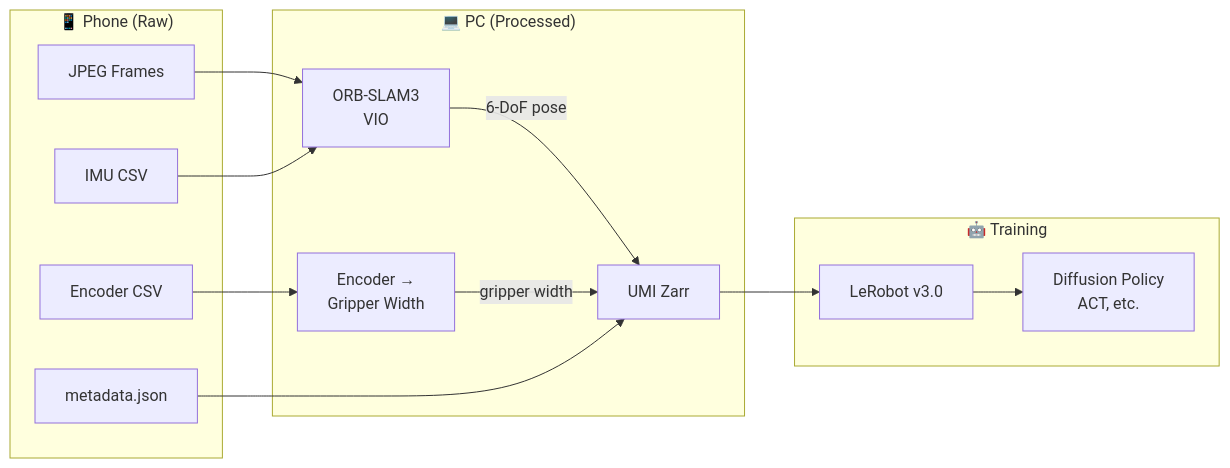
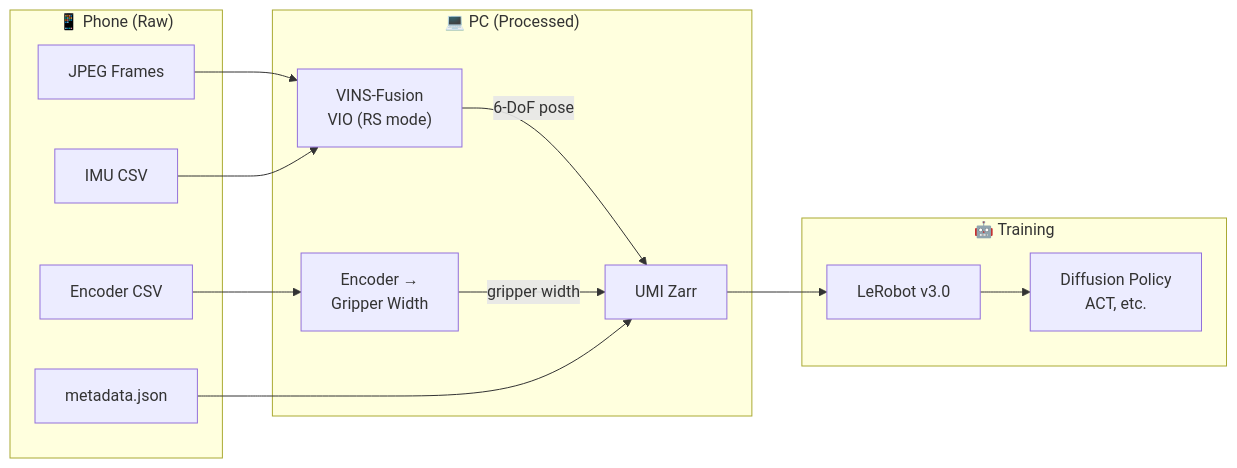
One commit to Auromix/OpenUMI changed the second of 2 diagrams in README.md. Above: the diagram before and after it, drawn with Mermaid. The commit also changed other lines of this file and 1 other file, not shown here.

First line of the commit message:
Switch VIO from ORB-SLAM3 to VINS-Fusion, keep OV2640 RGB

````diff
--- a/README.md
+++ b/README.md
@@ -106,29 +106,29 @@
 ```mermaid
 graph LR
     subgraph Phone["📱 Phone (Raw)"]
         JPEG["JPEG Frames"]
         IMU["IMU CSV"]
         ENC["Encoder CSV"]
         META["metadata.json"]
     end
 
     subgraph PC["💻 PC (Processed)"]
-        SLAM["ORB-SLAM3<br/>VIO"]
+        SLAM["VINS-Fusion<br/>VIO (RS mode)"]
         GRIP["Encoder →<br/>Gripper Width"]
         ZARR["UMI Zarr"]
     end
 
     subgraph Train["🤖 Training"]
         LR["LeRobot v3.0"]
         DP["Diffusion Policy<br/>ACT, etc."]
     end
 
     JPEG --> SLAM
     IMU --> SLAM
     SLAM -- "6-DoF pose" --> ZARR
     ENC --> GRIP
     GRIP -- "gripper width" --> ZARR
     META --> ZARR
     ZARR --> LR
     LR --> DP
 ```
````
